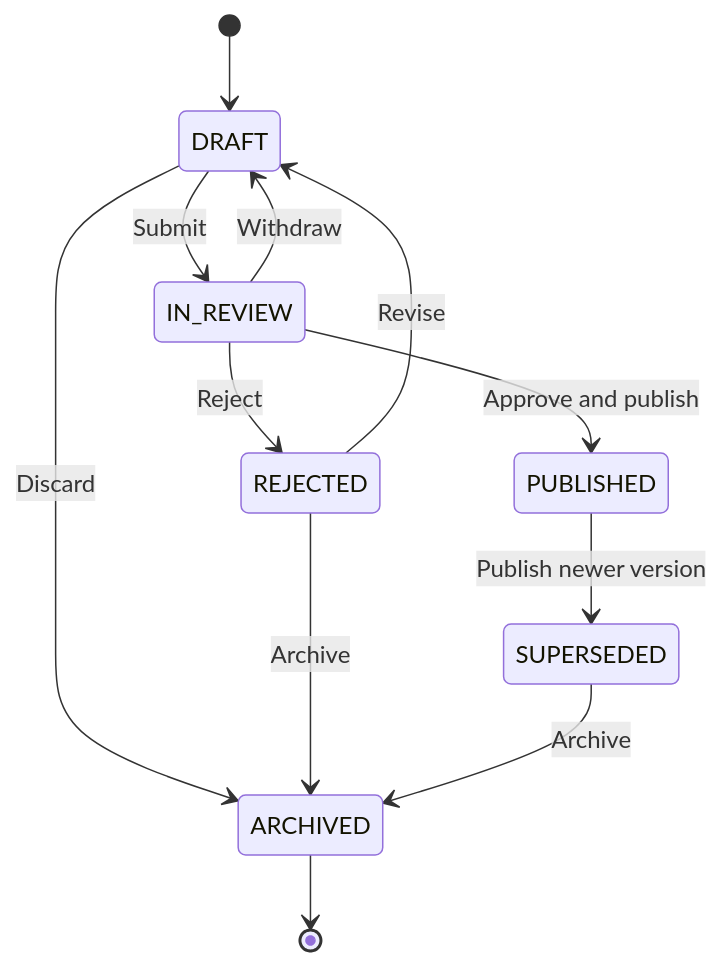
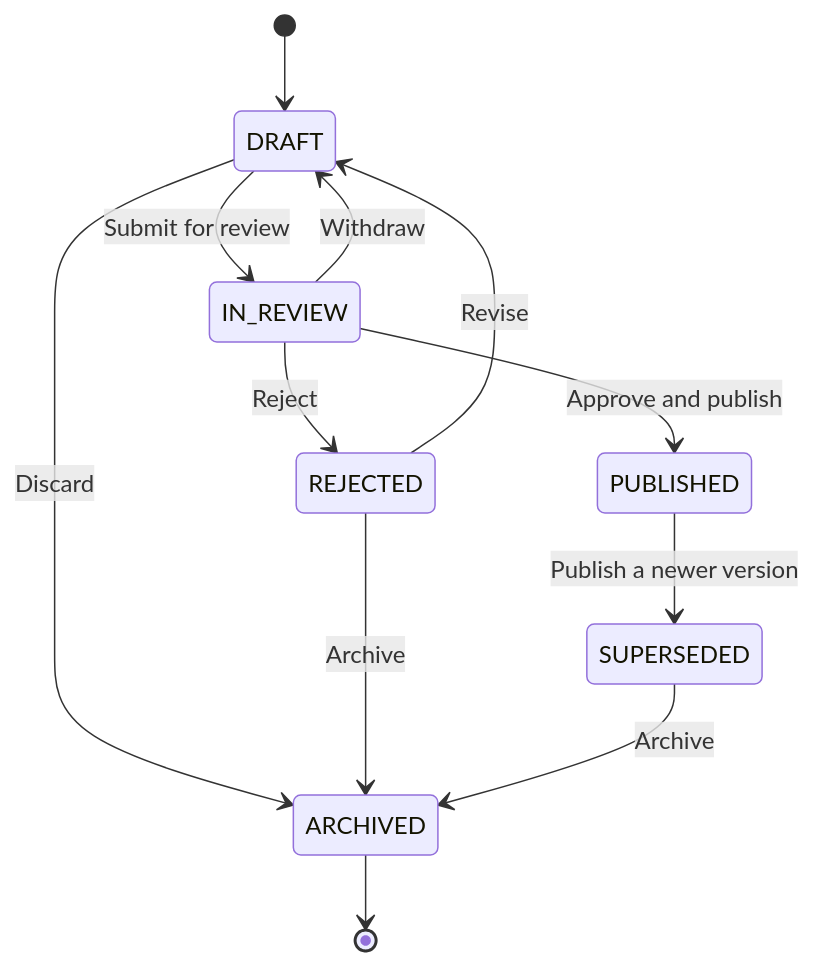
Diagram 11 of 16 in docs/md/05_transactions_and_state.md (quangnt03/MarketplaceXL-spring-ms), drawn with Mermaid before and after one commit. The commit also changed other lines of this file and 3 other files, not shown here.

````diff
--- a/docs/md/05_transactions_and_state.md
+++ b/docs/md/05_transactions_and_state.md
@@ -166,18 +204,18 @@
 ```mermaid
 stateDiagram-v2
     [*] --> DRAFT
 
-    DRAFT --> IN_REVIEW: Submit
+    DRAFT --> IN_REVIEW: Submit for review
     IN_REVIEW --> DRAFT: Withdraw
     IN_REVIEW --> REJECTED: Reject
     REJECTED --> DRAFT: Revise
 
     IN_REVIEW --> PUBLISHED: Approve and publish
-    PUBLISHED --> SUPERSEDED: Publish newer version
+    PUBLISHED --> SUPERSEDED: Publish a newer version
 
     DRAFT --> ARCHIVED: Discard
     REJECTED --> ARCHIVED: Archive
     SUPERSEDED --> ARCHIVED: Archive
 
     ARCHIVED --> [*]
 ```
````
